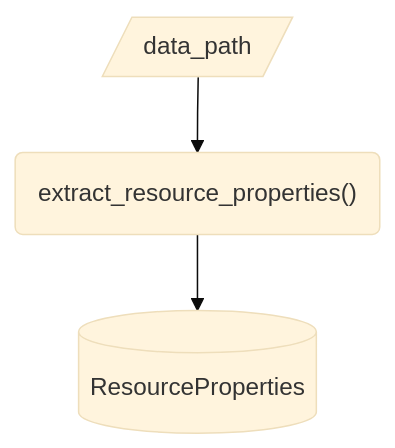
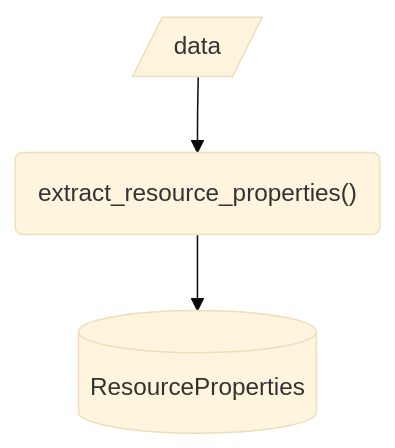
One commit to signekb/seedcase-sprout changed diagram 11 of 11 in docs/design/interface/functions.qmd. Above: the diagram before and after it, drawn with Mermaid (base theme). The commit also changed other lines of this file and 1 other file, not shown here.

Commit message:
docs: :building_construction: add flow diagram for extracting resource properties (#1160)
## Description

Another flow diagram for extracting resource properties. Ignore intro
section.

<!-- Select quick/in-depth as necessary -->
This PR needs an in-depth review.

---------

````diff
--- a/docs/design/interface/functions.qmd
+++ b/docs/design/interface/functions.qmd
@@ -224,8 +224,8 @@
 ```{mermaid}
 flowchart
-    in_data_path[/data_path/]
+    in_data_path[/data/]
     function("extract_resource_properties()")
     out[("ResourceProperties")]
     in_data_path --> function
     function --> out
 ```
````
